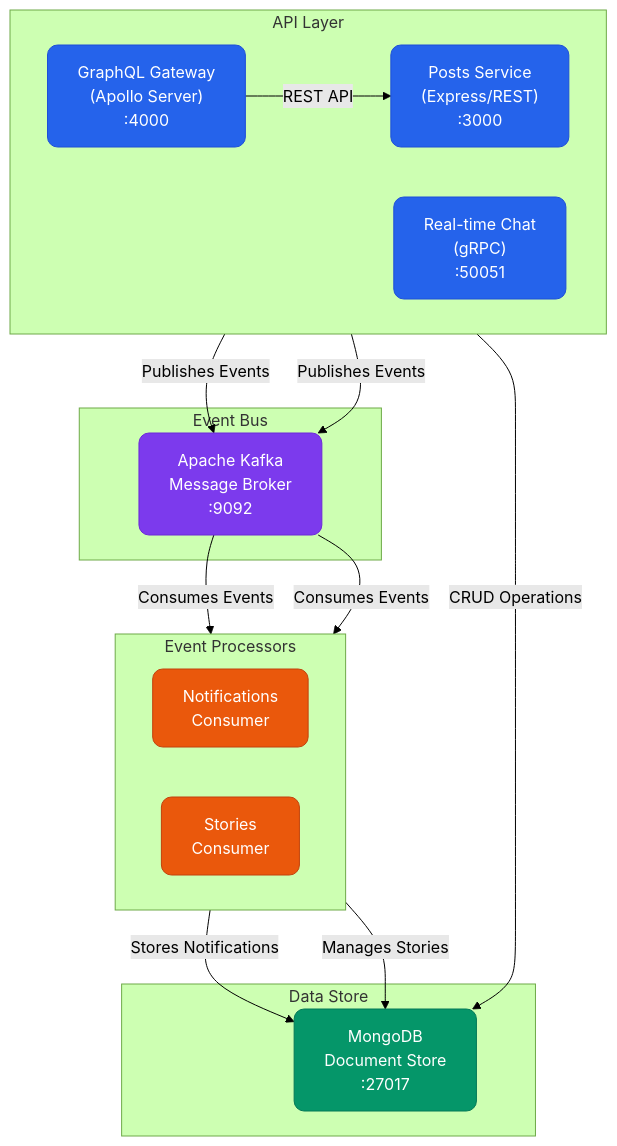
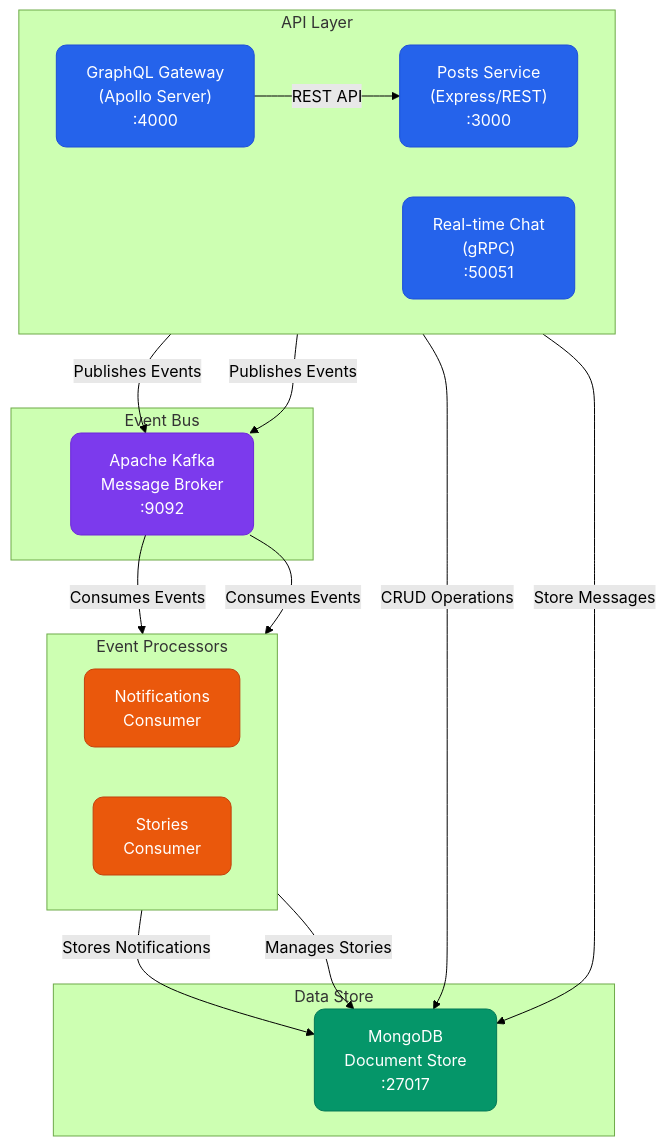
Before and after one commit to amalbenalii/projet-micro: the first of 2 diagrams in README.md, drawn with Mermaid (forest theme). The commit also changed other lines of this file, not shown here.

````diff
--- a/README.md
+++ b/README.md
@@ -9,51 +47,52 @@
 ```mermaid
 graph TB
     %% Styles
     classDef service fill:#2563eb,stroke:#1d4ed8,color:white,rx:10,ry:10;
     classDef database fill:#059669,stroke:#047857,color:white,rx:10,ry:10;
     classDef broker fill:#7c3aed,stroke:#6d28d9,color:white,rx:10,ry:10;
     classDef consumer fill:#ea580c,stroke:#c2410c,color:white,rx:10,ry:10;
 
     %% Core Services
     subgraph "API Layer"
         direction LR
         Posts["Posts Service<br/>(Express/REST)<br/>:3000"];
         GraphQL["GraphQL Gateway<br/>(Apollo Server)<br/>:4000"];
         Chat["Real-time Chat<br/>(gRPC)<br/>:50051"];
     end
 
     %% Message Broker
     subgraph "Event Bus"
         Kafka["Apache Kafka<br/>Message Broker<br/>:9092"];
     end
 
     %% Event Consumers
     subgraph "Event Processors"
         direction LR
         Notifications["Notifications<br/>Consumer"];
         Stories["Stories<br/>Consumer"];
     end
 
     %% Persistence Layer
     subgraph "Data Store"
         MongoDB["MongoDB<br/>Document Store<br/>:27017"];
     end
 
     %% Relations
     GraphQL --> |"REST API"| Posts;
     Posts --> |"Publishes Events"| Kafka;
     Chat --> |"Publishes Events"| Kafka;
     
     Kafka --> |"Consumes Events"| Notifications;
     Kafka --> |"Consumes Events"| Stories;
     
     Posts --> |"CRUD Operations"| MongoDB;
+    Chat --> |"Store Messages"| MongoDB;
     Notifications --> |"Stores Notifications"| MongoDB;
     Stories --> |"Manages Stories"| MongoDB;
 
     %% Apply styles
     class Posts,GraphQL,Chat service;
     class MongoDB database;
     class Kafka broker;
     class Notifications,Stories consumer;
 ```
````
